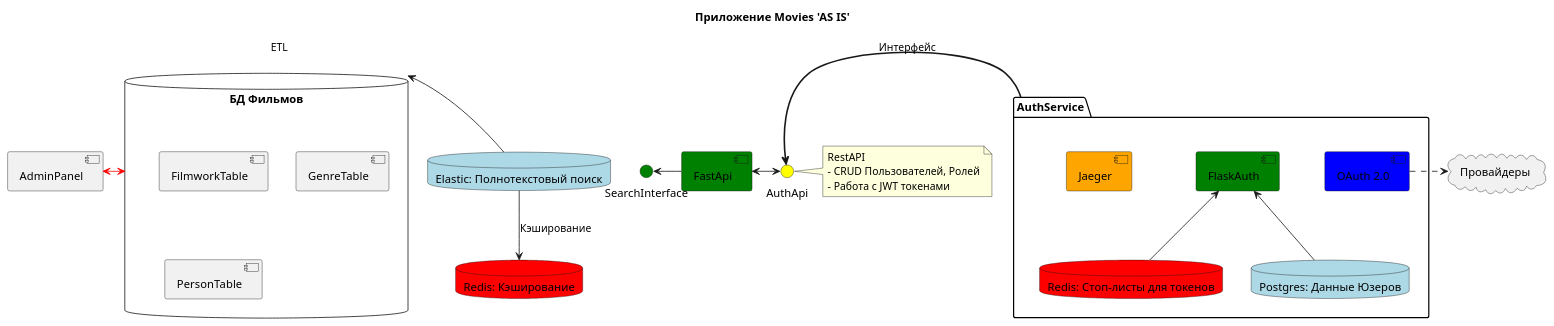
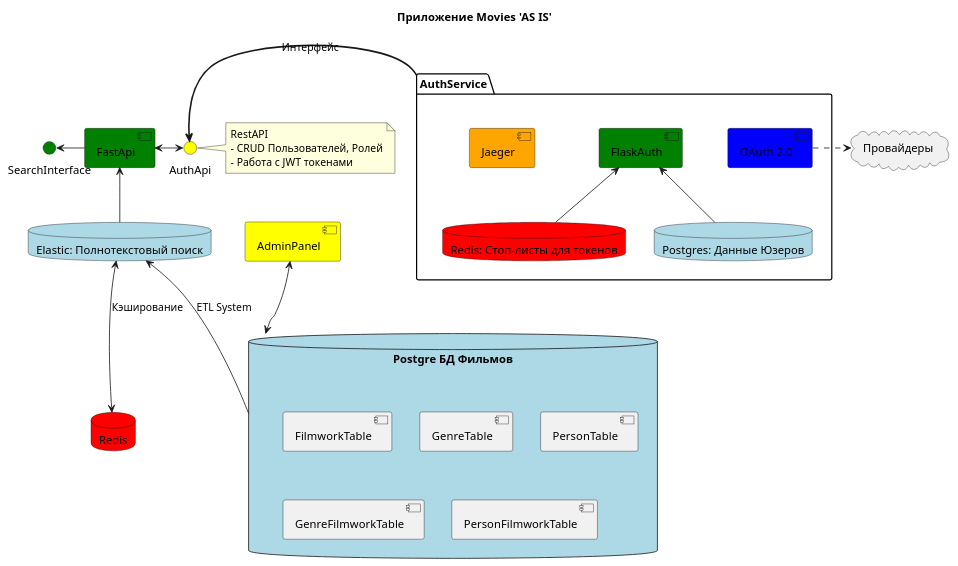
One commit to IAmIrina/ugc changed the diagram in uml/asis.plantuml. Above: the diagram before and after it, drawn with PlantUML.

Commit message:
refactor asis.plantuml

```diff
--- a/uml/asis.plantuml
+++ b/uml/asis.plantuml
@@ -1,56 +1,64 @@
 @startuml
 skinparam componentStyle uml2
 
 title Приложение Movies 'AS IS'
 
+component AdminPanel #Yellow
 
-component AdminPanel
-
-database "Elastic: Полнотекстовый поиск" as ElasticSearch #Lightblue
-database "Redis: Кэширование" as RedisSearchCashing #Red
-
-database "БД Фильмов" as PostgreMovies {
+' База Данных Фильмов
+database "Postgre БД Фильмов" as PostgreMovies #Lightblue {
 component FilmworkTable
 component GenreTable
 component PersonTable
+component GenreFilmworkTable
+component PersonFilmworkTable
 }
+
+database "Elastic: Полнотекстовый поиск" as ElasticSearch #Lightblue
+database "Redis" as RedisSearchCashing #Red
+
+
 
 ' Компоненты FastAPI
 component FastApi #Green
 interface SearchInterface #Green
 
 ' Компоненты сервиса аутентификации
 package AuthService {
 database "Redis: Стоп-листы для токенов" as RedisTokens #Red
 database "Postgres: Данные Юзеров" as PostgreUsers #Lightblue
 component FlaskAuth #Green
 component Jaeger #Orange
 component "OAuth 2.0" as OAuth #Blue
 }
 
+
 cloud "Провайдеры" as Providers
 
 interface AuthApi #Yellow
 
 
 ' Взаимодействия
-AdminPanel <-[#red]> PostgreMovies
+AdminPanel <--> PostgreMovies
 
-ElasticSearch -> PostgreMovies: ETL
-ElasticSearch --> RedisSearchCashing: Кэширование
+ElasticSearch <-- PostgreMovies: "ETL System" 
+ElasticSearch <--> RedisSearchCashing: Кэширование
+ElasticSearch -up-> FastApi
+
 SearchInterface <- FastApi
 
 ' Взаимодействия внутри AuthService
 AuthService -[thickness=2]> AuthApi: Интерфейс
 FastApi <-> AuthApi
 note right
 RestAPI
 - CRUD Пользователей, Ролей
 - Работа с JWT токенами
 end note
 FlaskAuth <-- PostgreUsers
 FlaskAuth <-- RedisTokens
 
 OAuth .> Providers
 
+
 @enduml
```
